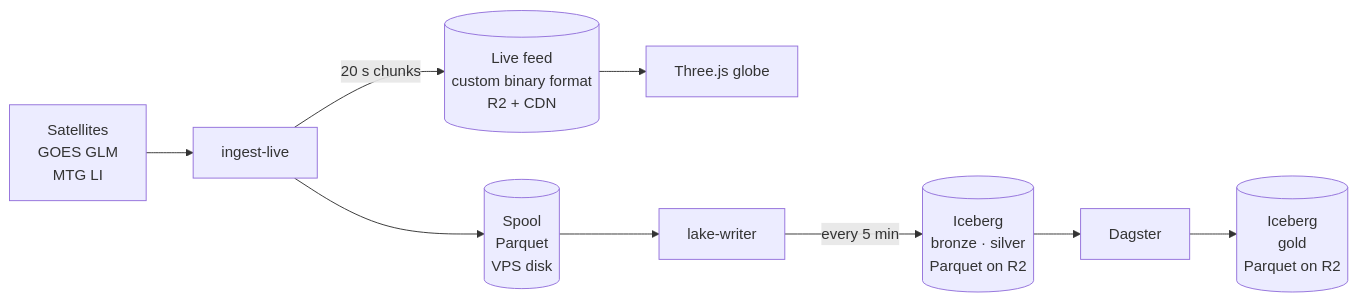
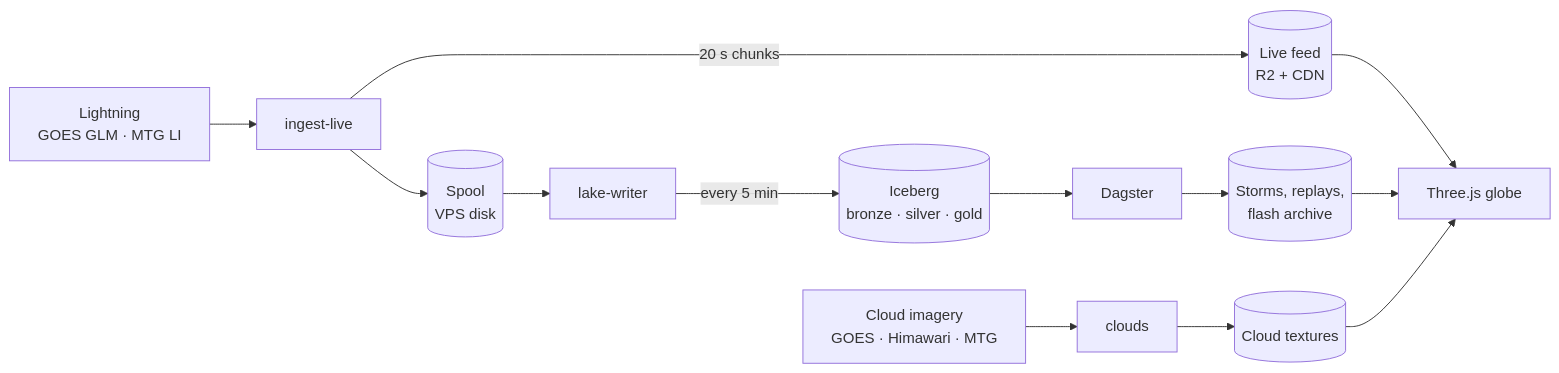
One commit to pierregc/scintille changed the diagram in README.md. Above: the diagram before and after it, drawn with Mermaid. The commit also changed other lines of this file and 3 other files, not shown here.

````diff
--- a/README.md
+++ b/README.md
@@ -13,8 +24,10 @@
 ```mermaid
 flowchart LR
-    sat["Satellites<br/>GOES GLM<br/>MTG LI"] --> ingest["ingest-live"]
-    ingest -->|20 s chunks| live[("Live feed<br/>custom binary format<br/>R2 + CDN")] --> globe["Three.js globe"]
-    ingest --> spool[("Spool<br/>Parquet<br/>VPS disk")] --> writer["lake-writer"]
-    writer -->|every 5 min| lake[("Iceberg<br/>bronze · silver<br/>Parquet on R2")]
-    lake --> dagster["Dagster"] --> gold[("Iceberg<br/>gold<br/>Parquet on R2")]
+    lightning["Lightning<br/>GOES GLM · MTG LI"] --> ingest["ingest-live"]
+    ingest -->|20 s chunks| live[("Live feed<br/>R2 + CDN")]
+    ingest --> spool[("Spool<br/>VPS disk")] --> writer["lake-writer"]
+    writer -->|every 5 min| lake[("Iceberg<br/>bronze · silver · gold")]
+    lake --> dagster["Dagster"] --> storms[("Storms, replays,<br/>flash archive")]
+    imagery["Cloud imagery<br/>GOES · Himawari · MTG"] --> clouds["clouds"] --> textures[("Cloud textures")]
+    live & storms & textures --> globe["Three.js globe"]
 ```
````
